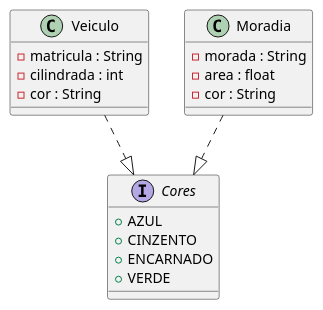
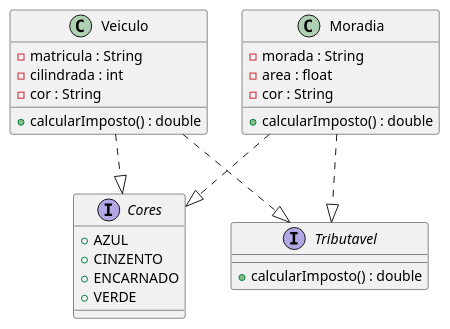
Before and after one commit to Francisgomesx/University: the diagram in out/production/University/Tributaveis/src/main/org/dei/tributaveis/diagram.puml, drawn with PlantUML. The commit also changed 246 other files, not shown here.

```diff
--- a/out/production/University/Tributaveis/src/main/org/dei/tributaveis/diagram.puml
+++ b/out/production/University/Tributaveis/src/main/org/dei/tributaveis/diagram.puml
@@ -1,24 +1,34 @@
 @startuml
 interface Cores {
     +AZUL
     +CINZENTO
     +ENCARNADO
     +VERDE
 }
 
+interface Tributavel {
+    +calcularImposto() : double
+}
+
 class Veiculo {
     -matricula : String
     -cilindrada : int
     -cor : String
+    +calcularImposto() : double
 }
 
 class Moradia {
     -morada : String
     -area : float
     -cor : String
+    +calcularImposto() : double
+
 }
 
 Veiculo ..|> Cores
+Veiculo ..|> Tributavel
+
 Moradia ..|> Cores
+Moradia ..|> Tributavel
 
 @enduml
```
